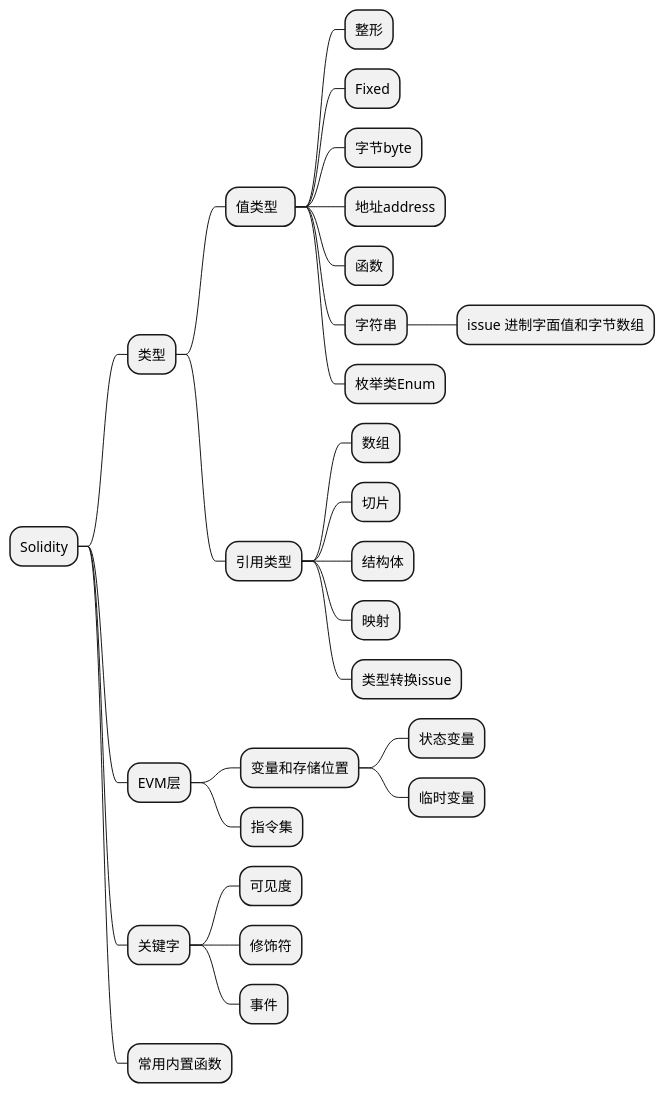
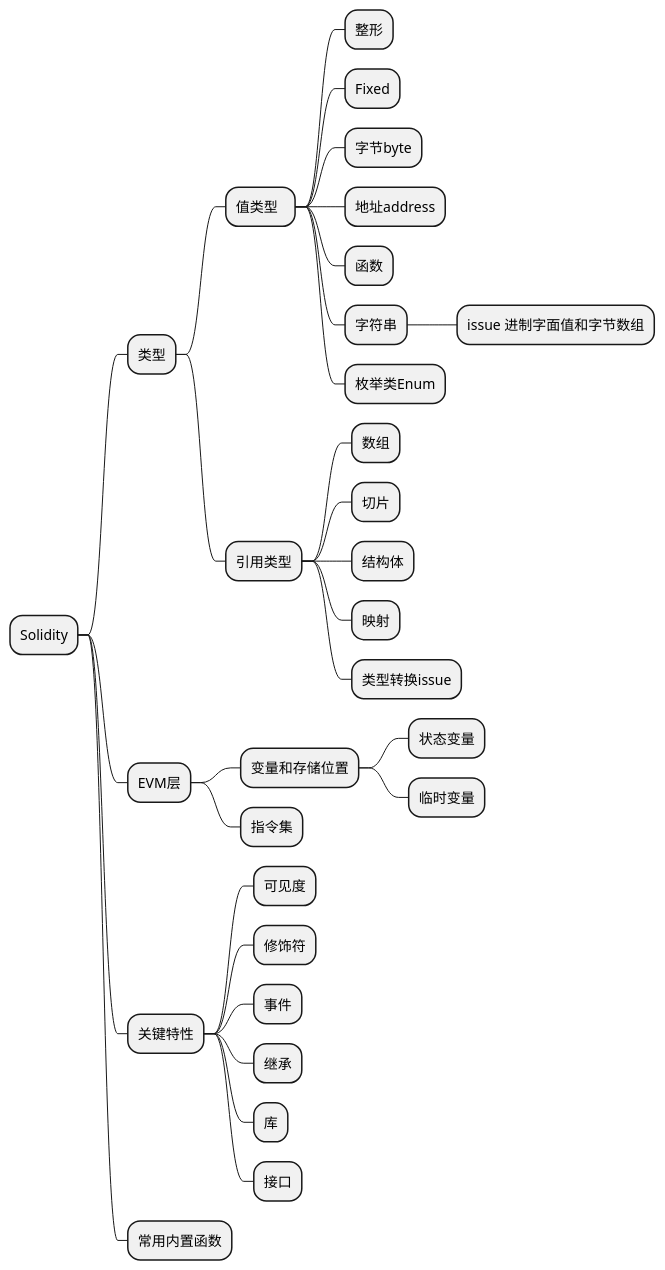
Before and after one commit to Tomatoooogerambo/notes-repo: the first of 2 diagrams in solidity/0-overview.md, drawn with PlantUML. The commit also changed 1 other file, not shown here.

````diff
--- a/solidity/0-overview.md
+++ b/solidity/0-overview.md
@@ -9,35 +9,37 @@
 ```plantuml
 @startmindmap
 + Solidity
 ++ 类型
 +++ 值类型  
 ++++ 整形
 ++++ Fixed
 ++++ 字节byte
 ++++ 地址address
 ++++ 函数
 ++++ 字符串
 +++++ issue 进制字面值和字节数组
 ++++ 枚举类Enum
 +++ 引用类型
 ++++ 数组
 ++++ 切片
 ++++ 结构体
 ++++ 映射
 ++++ 类型转换issue
 
 ++ EVM层
 +++ 变量和存储位置
 ++++ 状态变量
 ++++ 临时变量
 +++ 指令集
 
-++ 关键字
+++ 关键特性
 +++ 可见度
 +++ 修饰符
 +++ 事件
-
++++ 继承
++++ 库
++++ 接口
 ++ 常用内置函数
 
 @endmindmap
 ```
````
